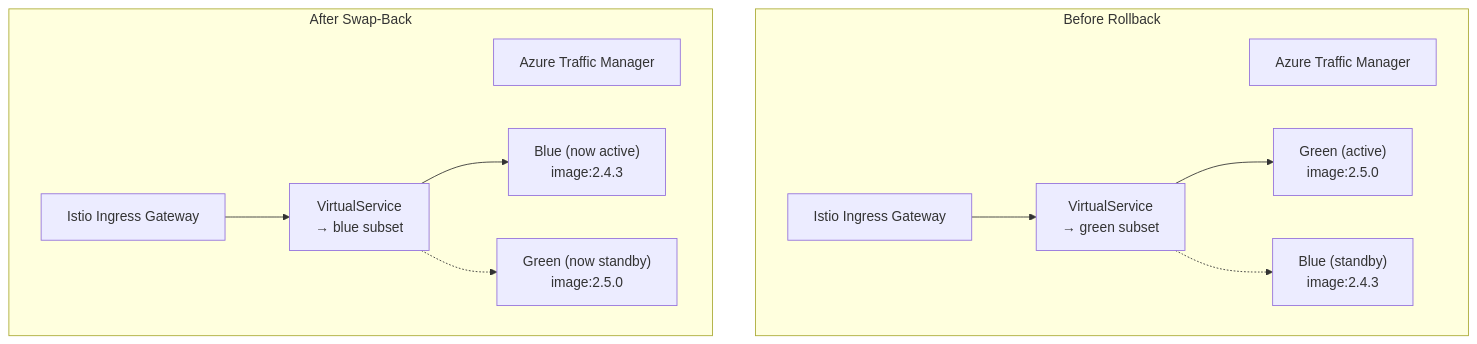
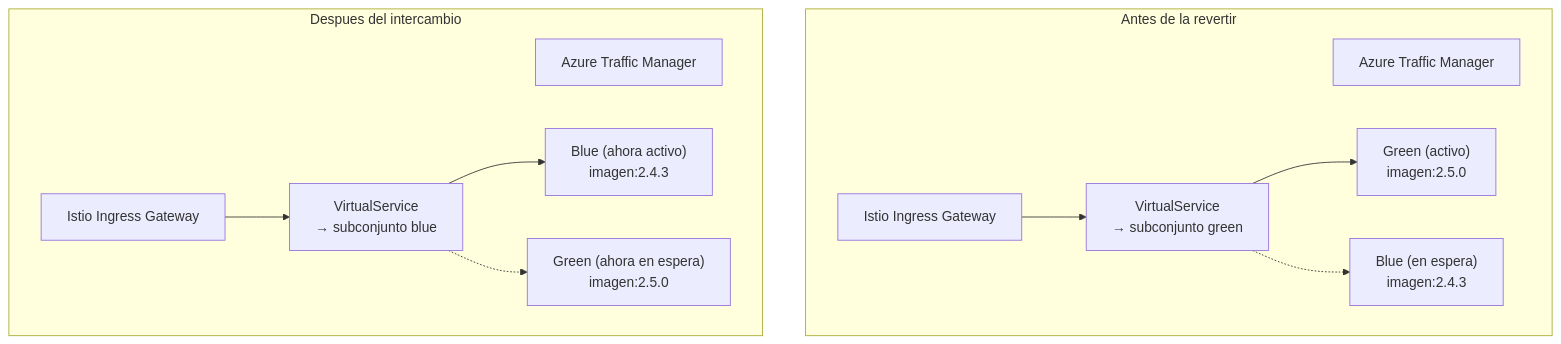
The second of 2 diagrams in docs/runbooks/rollback.md (nalyd2/users-demo-backstage), drawn with Mermaid before and after one commit. The commit also changed other lines of this file and 52 other files, not shown here.

````diff
--- a/docs/runbooks/rollback.md
+++ b/docs/runbooks/rollback.md
@@ -145,18 +145,18 @@
 ```mermaid
 graph TB
-    subgraph "Before Rollback"
+    subgraph "Antes de la revertir"
         TM1["Azure Traffic Manager"]
         GW1["Istio Ingress Gateway"]
-        GW1 --> VS1["VirtualService<br/>→ green subset"]
-        VS1 --> G1["Green (active)<br/>image:2.5.0"]
-        VS1 -.-> B1["Blue (standby)<br/>image:2.4.3"]
+        GW1 --> VS1["VirtualService<br/>→ subconjunto green"]
+        VS1 --> G1["Green (activo)<br/>imagen:2.5.0"]
+        VS1 -.-> B1["Blue (en espera)<br/>imagen:2.4.3"]
     end
 
-    subgraph "After Swap-Back"
+    subgraph "Despues del intercambio"
         TM2["Azure Traffic Manager"]
         GW2["Istio Ingress Gateway"]
-        GW2 --> VS2["VirtualService<br/>→ blue subset"]
-        VS2 --> B2["Blue (now active)<br/>image:2.4.3"]
-        VS2 -.-> G2["Green (now standby)<br/>image:2.5.0"]
+        GW2 --> VS2["VirtualService<br/>→ subconjunto blue"]
+        VS2 --> B2["Blue (ahora activo)<br/>imagen:2.4.3"]
+        VS2 -.-> G2["Green (ahora en espera)<br/>imagen:2.5.0"]
     end
 ```
````
